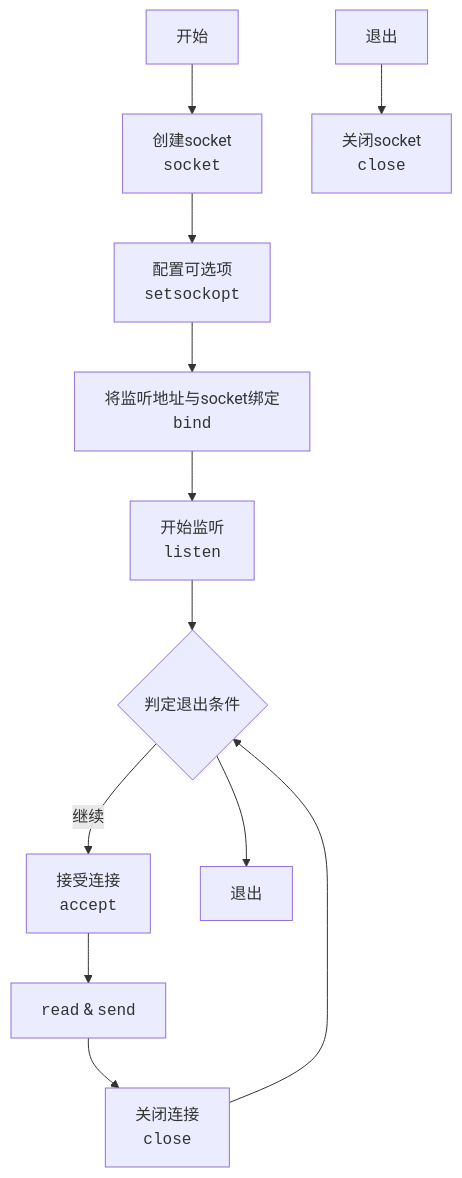
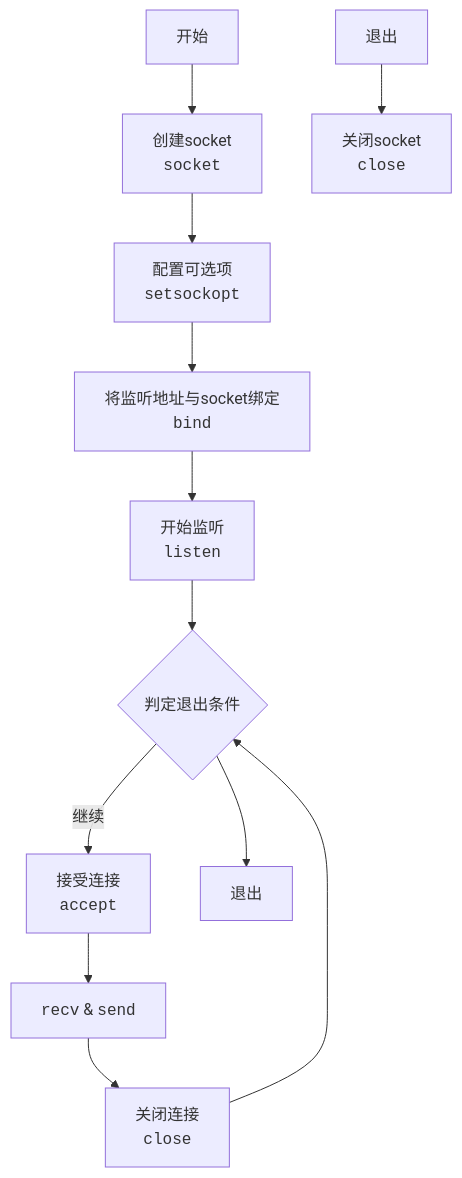
One commit to h13-0/Notebooks changed the diagram in 操作系统/用户态开发/socket/Linux用户态socket.md. Above: the diagram before and after it, drawn with Mermaid. The commit also changed 2 other files, not shown here.

Commit message:
vault backup: 2024-11-17 23:12:35

````diff
--- a/操作系统/用户态开发/socket/Linux用户态socket.md
+++ b/操作系统/用户态开发/socket/Linux用户态socket.md
@@ -20,14 +20,14 @@
 ```mermaid
 flowchart TB
 	A[开始] --> B[创建socket<br><code>socket</code>]
 	B --> C[配置可选项<br><code>setsockopt</code>]
 	C --> D[将监听地址与socket绑定<br><code>bind</code>]
 	D --> E[开始监听<br><code>listen</code>]
 	E --> F{判定退出条件}
 	F --> |继续|G[接受连接<br><code>accept</code>]
-	G --> H[<code>read</code> & <code>send</code>]
+	G --> H[<code>recv</code> & <code>send</code>]
 	H --> I[关闭连接<br><code>close</code>]
 	I --> F
 	F --> J[退出]
 	K[退出] --> L[关闭socket<br><code>close</code>]
 ```
````
